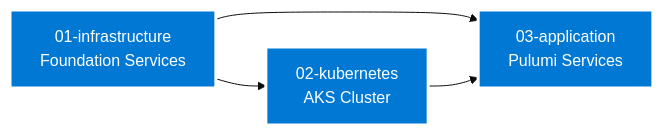
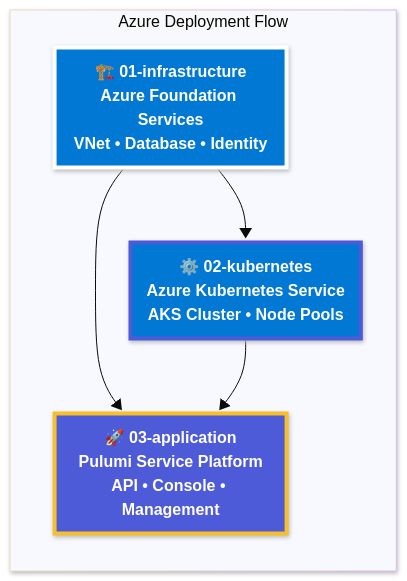
One commit to pulumi/pulumi-self-hosted-installers changed the diagram in aks-hosted/diagrams/01-overview.mmd. Above: the diagram before and after it, drawn with Mermaid. The commit also changed 55 other files, not shown here.

```diff
--- a/aks-hosted/diagrams/01-overview.mmd
+++ b/aks-hosted/diagrams/01-overview.mmd
@@ -1,11 +1,19 @@
-%%{init: {'theme':'base', 'themeVariables': {'fontSize': '20px', 'fontFamily': 'Arial, sans-serif'}}}%%
+---
+config:
+  look: neo
+  theme: base
+---
 graph LR
-    classDef stage fill:#0078D4,stroke:#FFFFFF,stroke-width:3px,color:#FFFFFF,font-size:16px
+    classDef azureInfra fill:#0078D4,stroke:#FFFFFF,stroke-width:4px,color:#FFFFFF,font-weight:bold
+    classDef azureCompute fill:#0078D4,stroke:#4d5bd9,stroke-width:4px,color:#FFFFFF,font-weight:bold
+    classDef pulumiService fill:#4d5bd9,stroke:#f7bf2a,stroke-width:4px,color:#FFFFFF,font-weight:bold
     
-    INFRA[01-infrastructure<br/>Foundation Services]:::stage
-    K8S[02-kubernetes<br/>AKS Cluster]:::stage
-    APP[03-application<br/>Pulumi Services]:::stage
+    subgraph FLOW["Azure Deployment Flow"]
+        INFRA["🏗️ 01-infrastructure<br/>Azure Foundation Services<br/>VNet • Database • Identity"]:::azureInfra
+        K8S["⚙️ 02-kubernetes<br/>Azure Kubernetes Service<br/>AKS Cluster • Node Pools"]:::azureCompute  
+        APP["🚀 03-application<br/>Pulumi Service Platform<br/>API • Console • Management"]:::pulumiService
+    end
     
     INFRA --> K8S
     INFRA --> APP
     K8S --> APP
```
